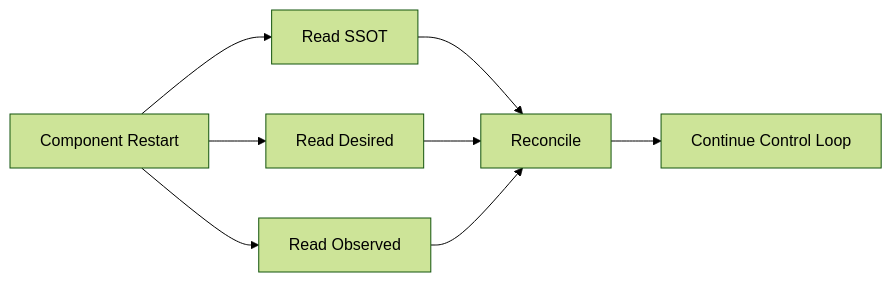
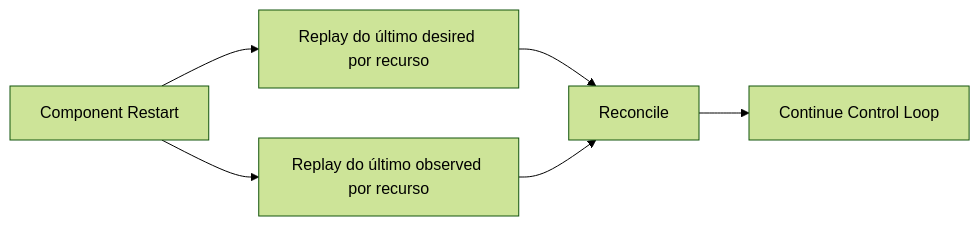
One commit to danielsabatini/smarkee changed diagram 39 of 44 in docs/RESOURCE-CONTROL-LOOP.md. Above: the diagram before and after it, drawn with Mermaid (forest theme). The commit also changed other lines of this file, not shown here.

````diff
--- a/docs/RESOURCE-CONTROL-LOOP.md
+++ b/docs/RESOURCE-CONTROL-LOOP.md
@@ -1671,15 +1690,13 @@
 ```mermaid
 flowchart LR
 
     Restart[Component Restart]
 
-    Restart --> ReadSSOT[Read SSOT]
-    Restart --> ReadDesired[Read Desired]
-    Restart --> ReadObserved[Read Observed]
+    Restart --> ReadDesired[Replay do último desired por recurso]
+    Restart --> ReadObserved[Replay do último observed por recurso]
 
-    ReadSSOT --> Reconcile[Reconcile]
-    ReadDesired --> Reconcile
+    ReadDesired --> Reconcile[Reconcile]
     ReadObserved --> Reconcile
 
     Reconcile --> Continue[Continue Control Loop]
 ```
````
